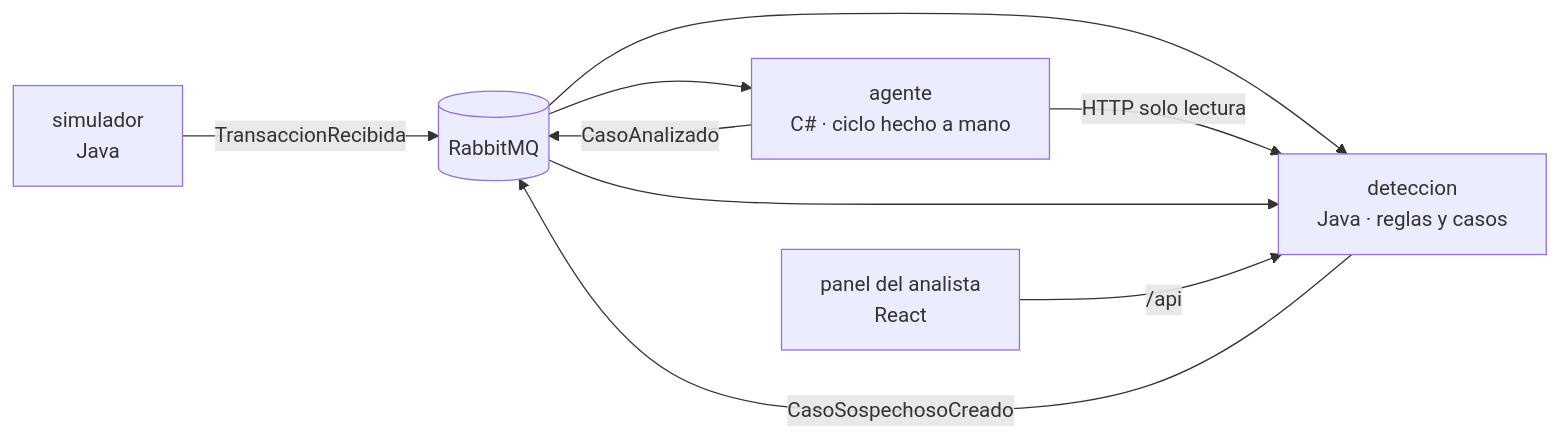
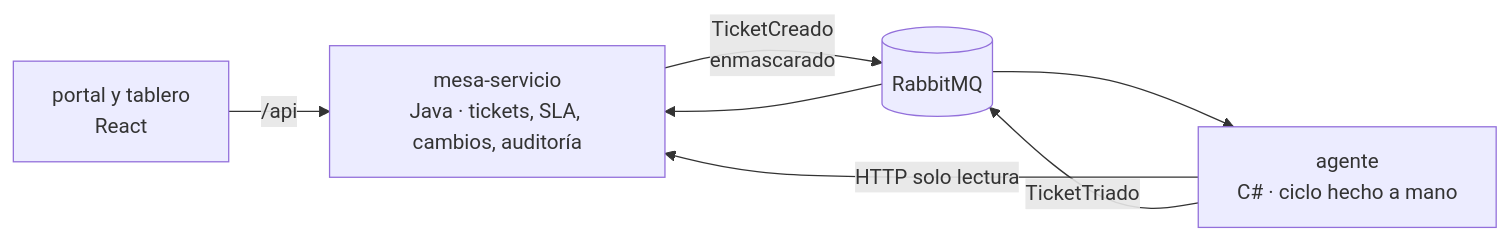
One commit to jpablom2804-ux/centinela changed the diagram in README.md. Above: the diagram before and after it, drawn with Mermaid. The commit also changed other lines of this file and 15 other files, not shown here.

First line of the commit message:
Cambio de dominio a mesa de servicio (ADR-003) y cierre de la fase 0

````diff
--- a/README.md
+++ b/README.md
@@ -11,11 +11,9 @@
 ```mermaid
 flowchart LR
-    SIM[simulador<br/>Java] -- TransaccionRecibida --> MQ[(RabbitMQ)]
-    MQ --> DET[deteccion<br/>Java · reglas y casos]
-    DET -- CasoSospechosoCreado --> MQ
+    FE[portal y tablero<br/>React] -- /api --> MS[mesa-servicio<br/>Java · tickets, SLA, cambios, auditoría]
+    MS -- TicketCreado<br/>enmascarado --> MQ[(RabbitMQ)]
     MQ --> AGE[agente<br/>C# · ciclo hecho a mano]
-    AGE -- HTTP solo lectura --> DET
-    AGE -- CasoAnalizado --> MQ
-    MQ --> DET
-    FE[panel del analista<br/>React] -- /api --> DET
+    AGE -- HTTP solo lectura --> MS
+    AGE -- TicketTriado --> MQ
+    MQ --> MS
 ```
````
